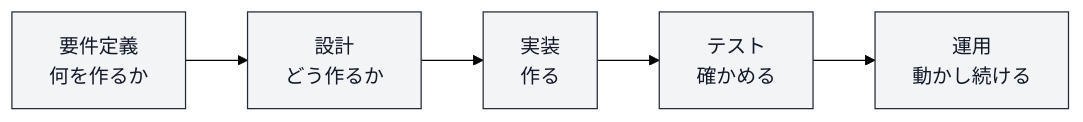
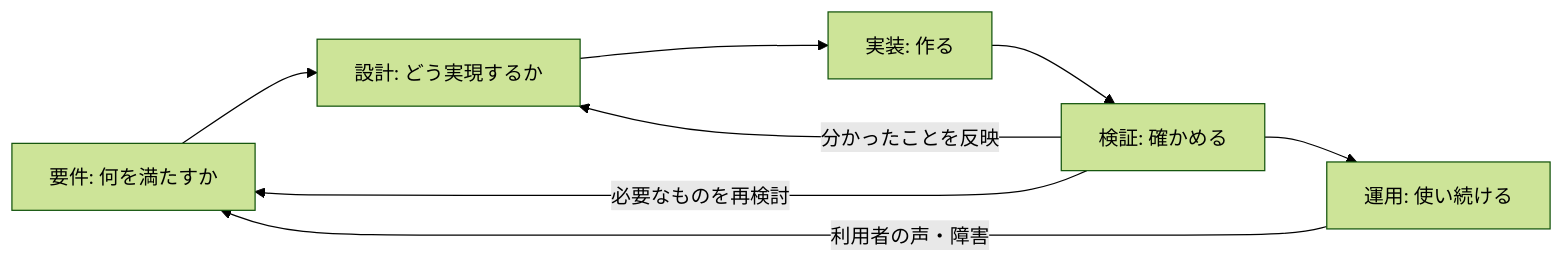
Before and after one commit to Creative-Cucumbers/solution-design-with-technology: the first of 2 diagrams in 2026/4_solutioning_and_prototyping/README.md, drawn with Mermaid (forest theme). The commit also changed other lines of this file, not shown here.

````diff
--- a/2026/4_solutioning_and_prototyping/README.md
+++ b/2026/4_solutioning_and_prototyping/README.md
@@ -198,5 +188,10 @@
 ```mermaid
-graph LR
-    A["要件定義<br/>何を作るか"] --> B["設計<br/>どう作るか"] --> C["実装<br/>作る"] --> D["テスト<br/>確かめる"] --> E["運用<br/>動かし続ける"]
-    classDef default fill:#f3f4f6,stroke:#1f2937,color:#111827;
+flowchart LR
+    R["要件: 何を満たすか"] --> D["設計: どう実現するか"]
+    D --> I["実装: 作る"]
+    I --> T["検証: 確かめる"]
+    T --> O["運用: 使い続ける"]
+    T -->|分かったことを反映| D
+    T -->|必要なものを再検討| R
+    O -->|利用者の声・障害| R
 ```
````
